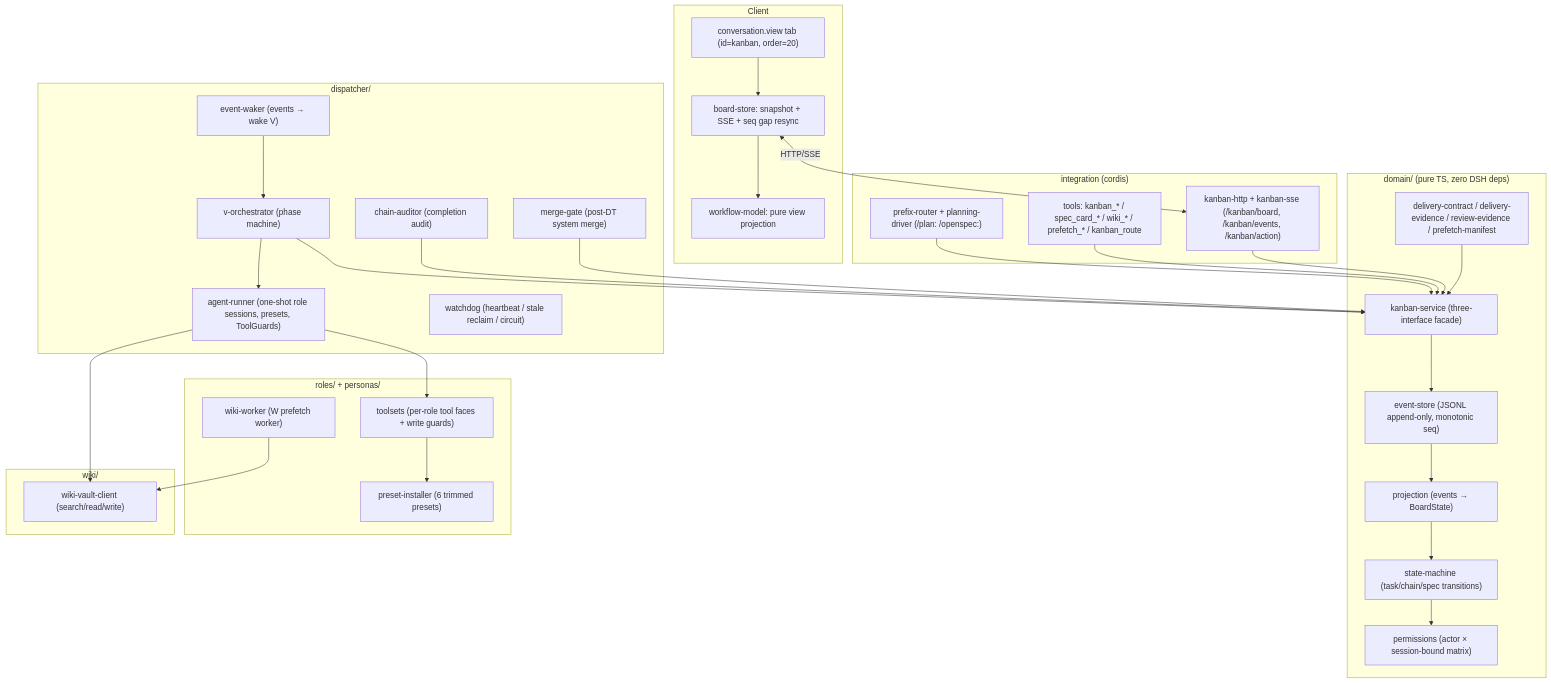
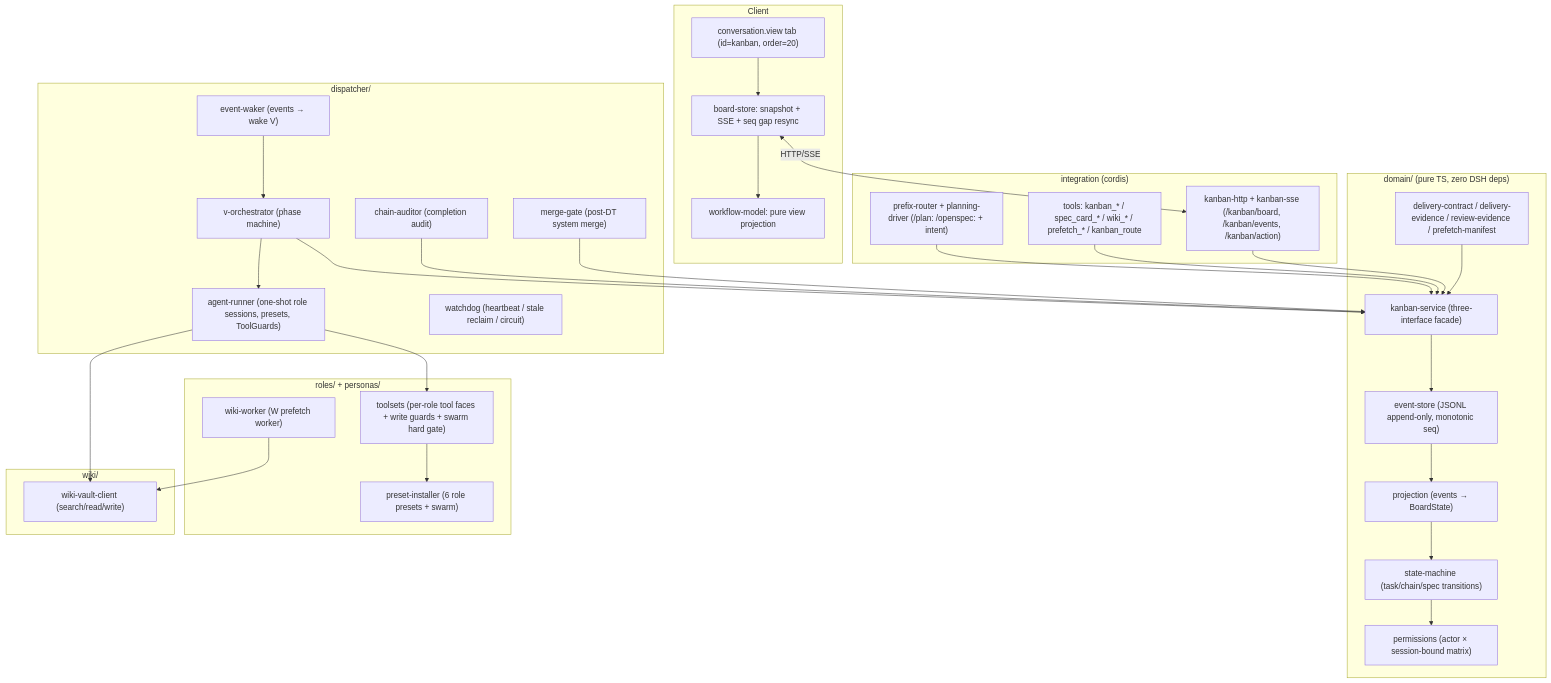
Before and after one commit to joekytc/dsh-swarm: the diagram in README.zh-CN.md, drawn with Mermaid. The commit also changed other lines of this file and 1 other file, not shown here.

First line of the commit message:
docs: rewrite READMEs user-first with swarm mode as the primary entry

````diff
--- a/README.zh-CN.md
+++ b/README.zh-CN.md
@@ -319,58 +346,58 @@
 ```mermaid
 flowchart TB
     subgraph Client
         Tab["conversation.view tab (id=kanban, order=20)"]
         Store["board-store: snapshot + SSE + seq gap resync"]
         Model["workflow-model: pure view projection"]
     end
 
     subgraph Domain ["domain/ (pure TS, zero DSH deps)"]
         ES["event-store (JSONL append-only, monotonic seq)"]
         SM["state-machine (task/chain/spec transitions)"]
         PJ["projection (events → BoardState)"]
         PM["permissions (actor × session-bound matrix)"]
         KS["kanban-service (three-interface facade)"]
         EC["delivery-contract / delivery-evidence / review-evidence / prefetch-manifest"]
     end
 
     subgraph Integration ["integration (cordis)"]
         TOOLS["tools: kanban_* / spec_card_* / wiki_* / prefetch_* / kanban_route"]
-        ROUTES["prefix-router + planning-driver (/plan: /openspec:)"]
+        ROUTES["prefix-router + planning-driver (/plan: /openspec: + intent)"]
         HTTP["kanban-http + kanban-sse (/kanban/board, /kanban/events, /kanban/action)"]
     end
 
     subgraph Dispatcher ["dispatcher/"]
         WAKER["event-waker (events → wake V)"]
         VORCH["v-orchestrator (phase machine)"]
         RUNNER["agent-runner (one-shot role sessions, presets, ToolGuards)"]
         WD["watchdog (heartbeat / stale reclaim / circuit)"]
         AUDIT["chain-auditor (completion audit)"]
         MG["merge-gate (post-DT system merge)"]
     end
 
     subgraph Roles ["roles/ + personas/"]
-        PRESETS["preset-installer (6 trimmed presets)"]
-        TOOLSETS["toolsets (per-role tool faces + write guards)"]
+        PRESETS["preset-installer (6 role presets + swarm)"]
+        TOOLSETS["toolsets (per-role tool faces + write guards + swarm hard gate)"]
         WK["wiki-worker (W prefetch worker)"]
     end
 
     subgraph Wiki ["wiki/"]
         WVC["wiki-vault-client (search/read/write)"]
     end
 
     Store <-->|HTTP/SSE| HTTP
     Tab --> Store --> Model
     ROUTES --> KS
     TOOLS --> KS
     HTTP --> KS
     WAKER --> VORCH
     VORCH --> KS
     VORCH --> RUNNER
     RUNNER --> TOOLSETS --> PRESETS
     RUNNER --> WVC
     WK --> WVC
     AUDIT --> KS
     MG --> KS
     KS --> ES --> PJ --> SM --> PM
     EC --> KS
 ```
````
